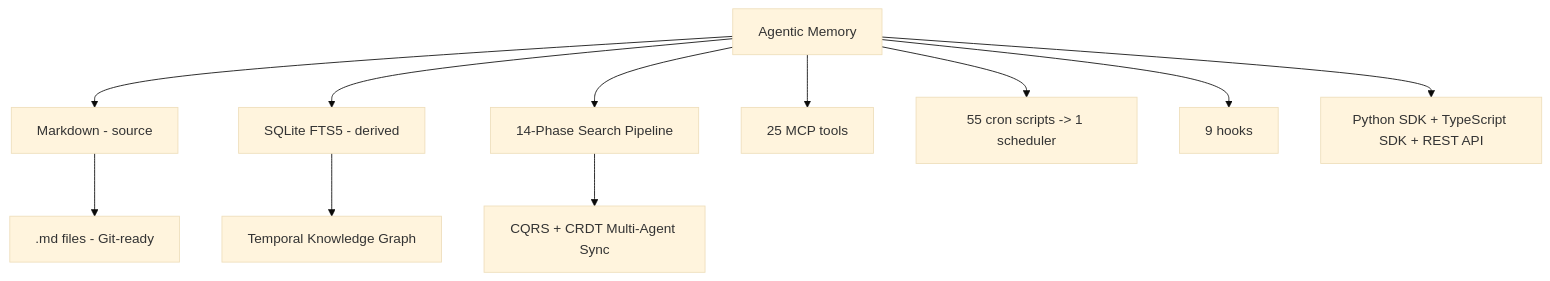
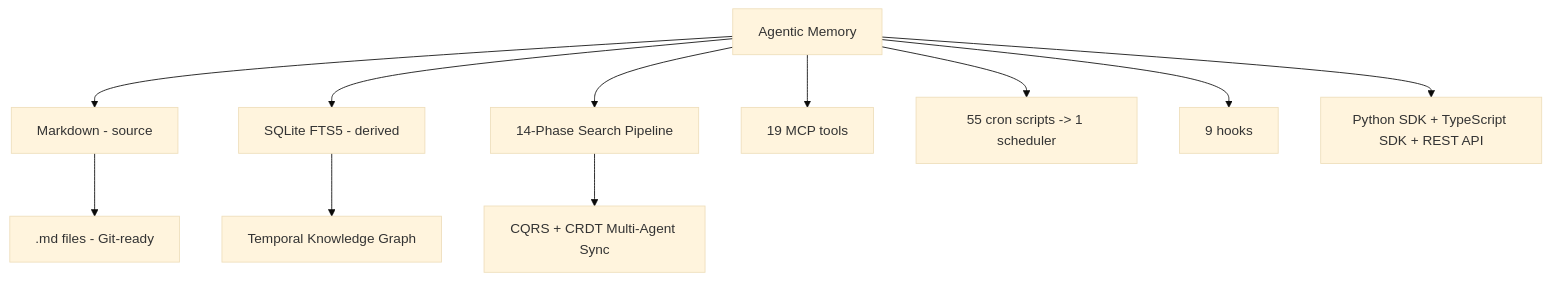
Before and after one commit to ArkaAiAdmin/Agentic-Memory: the diagram in README.md, drawn with Mermaid (base theme). The commit also changed other lines of this file and 20 other files, not shown here.

First line of the commit message:
feat(mcp): prune MCP surface to 19 CORE tools and harden skill pipeline

````diff
--- a/README.md
+++ b/README.md
@@ -24,13 +24,13 @@
 ```mermaid
 graph TD
     A[Agentic Memory] --> B[Markdown - source]
     A --> C[SQLite FTS5 - derived]
     A --> D[14-Phase Search Pipeline]
     B --> E[.md files - Git-ready]
     C --> F[Temporal Knowledge Graph]
     D --> G[CQRS + CRDT Multi-Agent Sync]
-    A --> H[25 MCP tools]
+    A --> H[19 MCP tools]
     A --> I[55 cron scripts -> 1 scheduler]
     A --> J[9 hooks]
     A --> K[Python SDK + TypeScript SDK + REST API]
 ```
````
